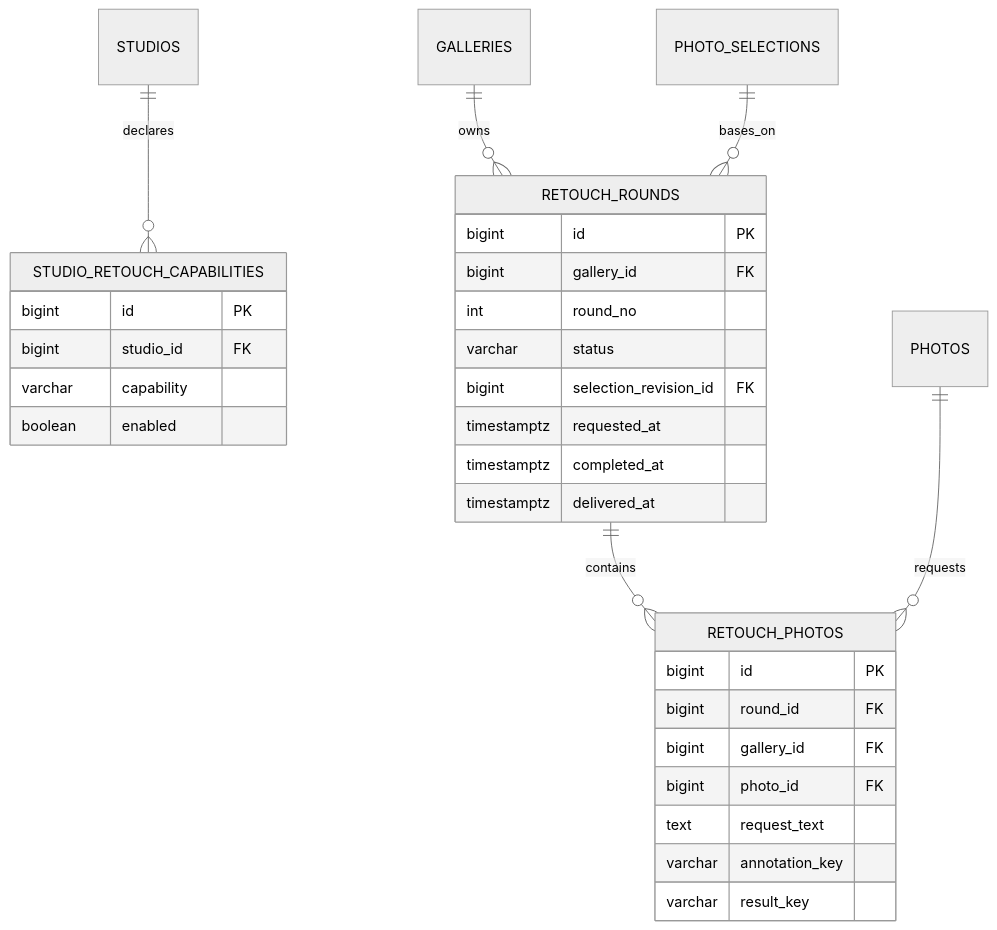
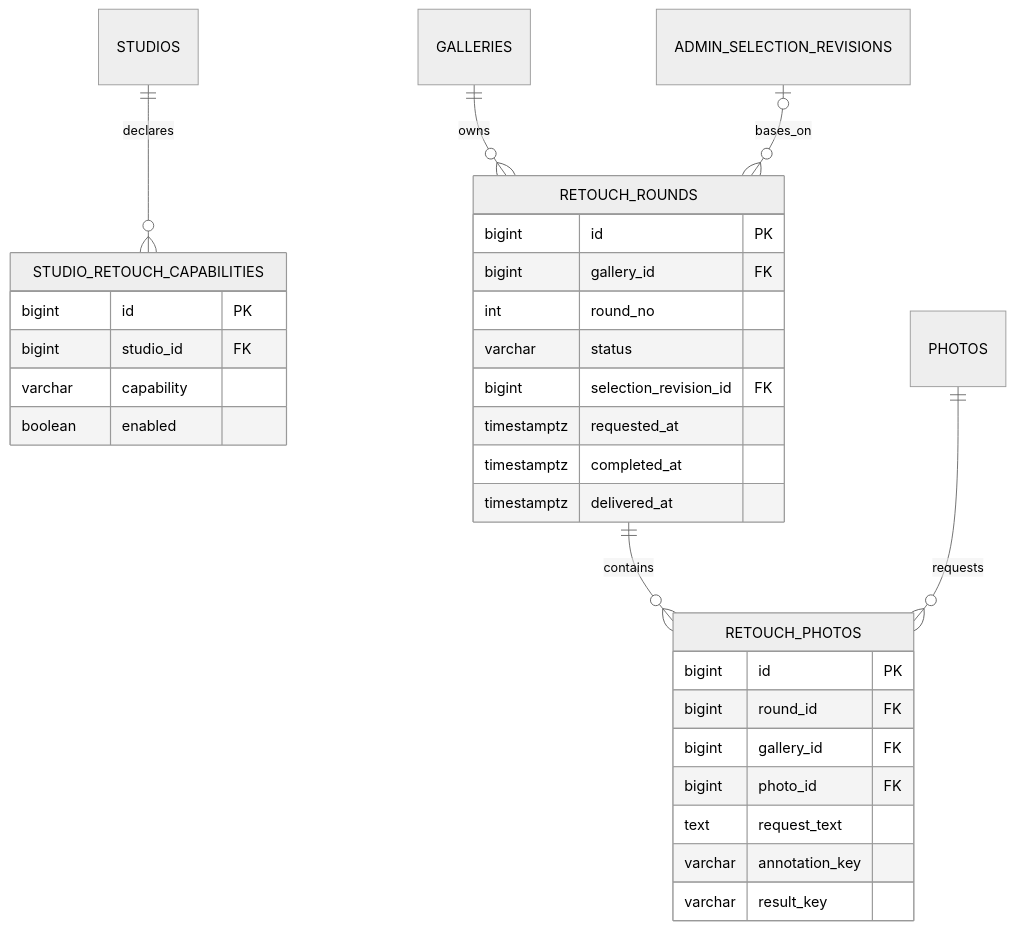
One commit to organic-agent/WES-DOCS changed the diagram in docs/data-model/retouch.md. Above: the diagram before and after it, drawn with Mermaid (neutral theme). The commit also changed other lines of this file and 77 other files, not shown here.

````diff
--- a/docs/data-model/retouch.md
+++ b/docs/data-model/retouch.md
@@ -20,34 +20,34 @@
 ```mermaid
 erDiagram
     STUDIOS ||--o{ STUDIO_RETOUCH_CAPABILITIES : declares
     GALLERIES ||--o{ RETOUCH_ROUNDS : owns
-    PHOTO_SELECTIONS ||--o{ RETOUCH_ROUNDS : bases_on
+    ADMIN_SELECTION_REVISIONS |o--o{ RETOUCH_ROUNDS : bases_on
     RETOUCH_ROUNDS ||--o{ RETOUCH_PHOTOS : contains
     PHOTOS ||--o{ RETOUCH_PHOTOS : requests
 
     RETOUCH_ROUNDS {
       bigint id PK
       bigint gallery_id FK
       int round_no
       varchar status
       bigint selection_revision_id FK
       timestamptz requested_at
       timestamptz completed_at
       timestamptz delivered_at
     }
     RETOUCH_PHOTOS {
       bigint id PK
       bigint round_id FK
       bigint gallery_id FK
       bigint photo_id FK
       text request_text
       varchar annotation_key
       varchar result_key
     }
     STUDIO_RETOUCH_CAPABILITIES {
       bigint id PK
       bigint studio_id FK
       varchar capability
       boolean enabled
     }
 ```
````
